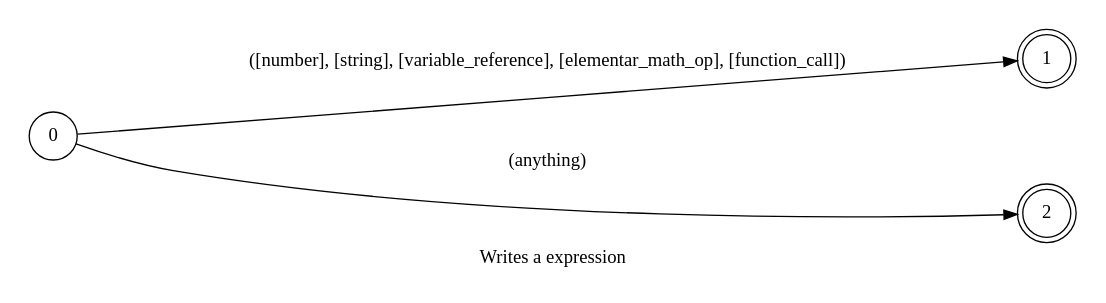
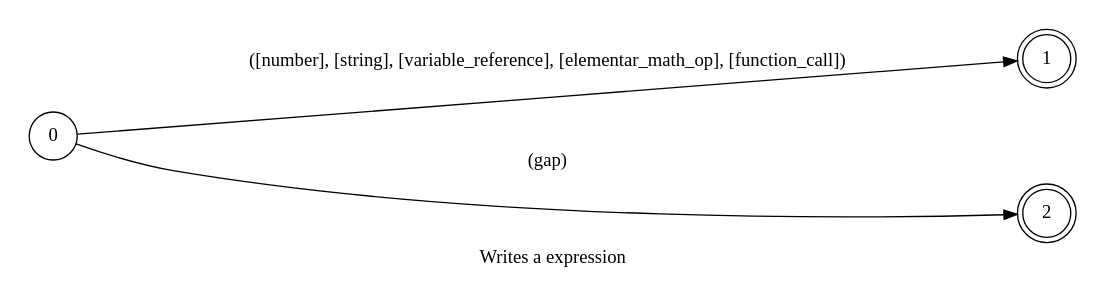
The diagram in spoken/src/modules/typescript/expressions/phrase_en-US.dot (pedrooaugusto/speech-to-code), drawn with Graphviz before and after one commit. The commit also changed 96 other files, not shown here.

```diff
--- a/spoken/src/modules/typescript/expressions/phrase_en-US.dot
+++ b/spoken/src/modules/typescript/expressions/phrase_en-US.dot
@@ -1,19 +1,19 @@
 digraph expressions {
     id="expressions";
     label="Writes a expression";
     lang="en-US";
     langName="English";
     pad="0.2";
     nodesep="1";
     ranksep="2";
     rankdir=LR;
     alias="true";
     node[shape=doublecircle]; 1 2;
     node[shape=circle];
 
     0 -> 1 [label="([number], [string], [variable_reference], [elementar_math_op], [function_call])", store=expression];
-    0 -> 2 [label="(anything)", store=wildCard, normalizer="identity"];
+    0 -> 2 [label="(gap)", store=wildCard, normalizer="identity"];
 
     title="Writes a expression";
     desc="Writes a expression in the editor, this is meant to be used inside another automatas";
 }
```
